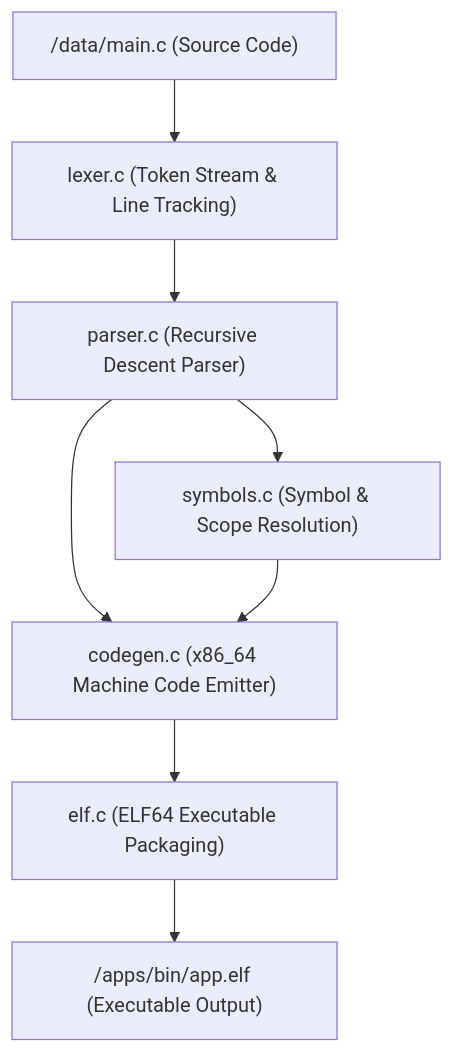
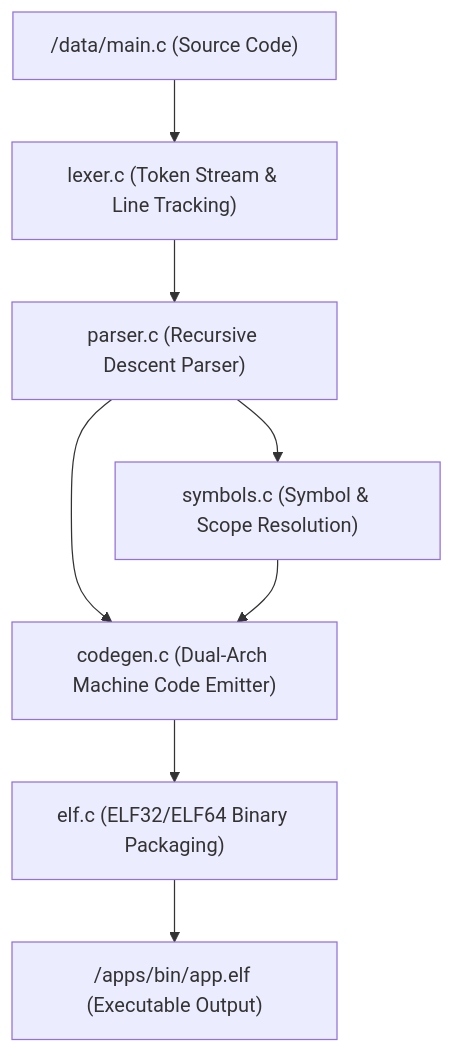
One commit to mrvlous/keira changed the diagram in docs/userland/kcc_compiler.md. Above: the diagram before and after it, drawn with Mermaid. The commit also changed other lines of this file and 4 other files, not shown here.

Commit message:
docs(arch): synchronize dual-architecture memory model, syscall abi and kcc references

````diff
--- a/docs/userland/kcc_compiler.md
+++ b/docs/userland/kcc_compiler.md
@@ -29,10 +29,10 @@
 ```mermaid
 graph TD
     A["/data/main.c (Source Code)"] --> B["lexer.c (Token Stream & Line Tracking)"]
     B --> C["parser.c (Recursive Descent Parser)"]
     C --> D["symbols.c (Symbol & Scope Resolution)"]
-    C --> E["codegen.c (x86_64 Machine Code Emitter)"]
+    C --> E["codegen.c (Dual-Arch Machine Code Emitter)"]
     D --> E
-    E --> F["elf.c (ELF64 Executable Packaging)"]
+    E --> F["elf.c (ELF32/ELF64 Binary Packaging)"]
     F --> G["/apps/bin/app.elf (Executable Output)"]
 ```
````
